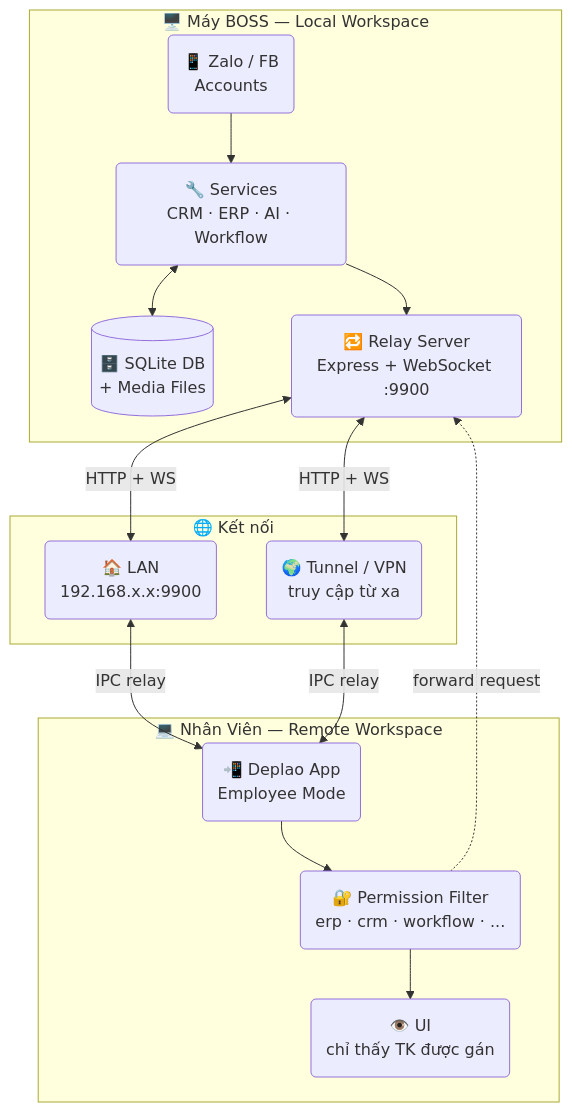
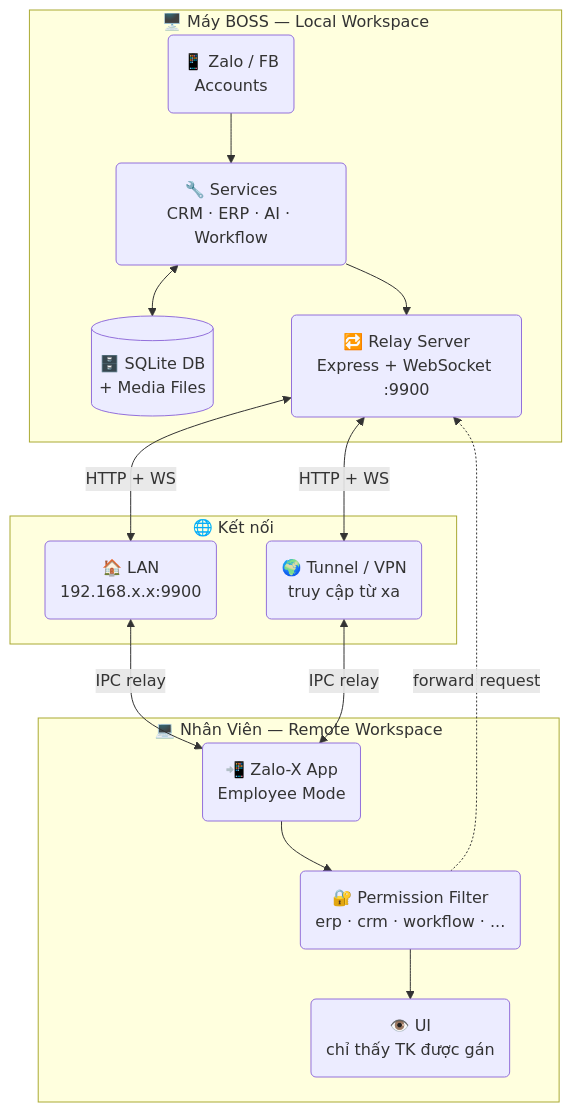
The third of 4 diagrams in README.md (adamwang99/Zalo-X), drawn with Mermaid before and after one commit. The commit also changed other lines of this file and 52 other files, not shown here.

Commit message:
Rebrand Deplao -> Zalo-X across source, UI, build config, landing, and CI; keep source attribution to babyvibe/deplao-builder

````diff
--- a/README.md
+++ b/README.md
@@ -225,29 +225,29 @@
 ```mermaid
 flowchart TB
     subgraph BOSS["🖥️ Máy BOSS — Local Workspace"]
         BZ("📱 Zalo / FB\nAccounts")
         BSV("🔧 Services\nCRM · ERP · AI · Workflow")
         BSD[("🗄️ SQLite DB\n+ Media Files")]
         BRL("🔁 Relay Server\nExpress + WebSocket :9900")
     end
 
     subgraph NET["🌐 Kết nối"]
         LAN("🏠 LAN\n192.168.x.x:9900")
         WAN("🌍 Tunnel / VPN\ntruy cập từ xa")
     end
 
     subgraph EMP["💻 Nhân Viên — Remote Workspace"]
-        EA("📲 Deplao App\nEmployee Mode")
+        EA("📲 Zalo-X App\nEmployee Mode")
         EP("🔐 Permission Filter\nerp · crm · workflow · ...")
         EU("👁️ UI\nchỉ thấy TK được gán")
     end
 
     BZ --> BSV
     BSV <--> BSD
     BSV --> BRL
     BRL <-->|HTTP + WS| LAN & WAN
     LAN <-->|IPC relay| EA
     WAN <-->|IPC relay| EA
     EA --> EP --> EU
     EP -.->|forward request| BRL
 ```
````
